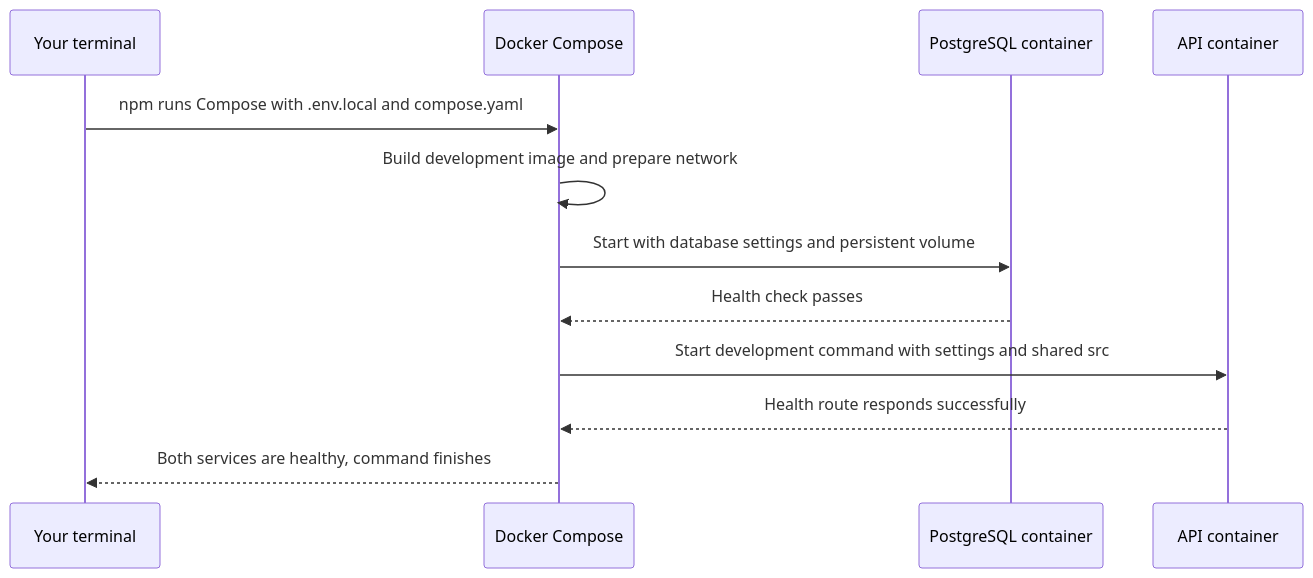
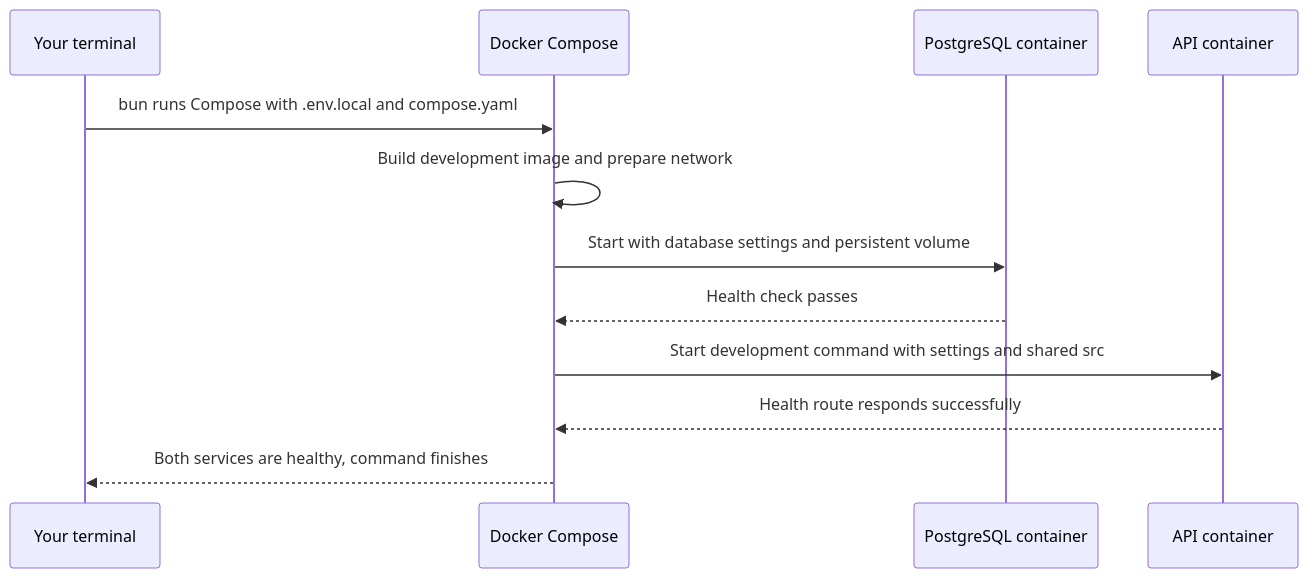
One commit to jaminwebdev/hono-drizzle-api changed the eighth of 8 diagrams in docs/docker-guide.md. Above: the diagram before and after it, drawn with Mermaid. The commit also changed other lines of this file and 22 other files, not shown here.

````diff
--- a/docs/docker-guide.md
+++ b/docs/docker-guide.md
@@ -722,14 +722,14 @@
 ```mermaid
 sequenceDiagram
     participant You as Your terminal
     participant Compose as Docker Compose
     participant DB as PostgreSQL container
     participant API as API container
-    You->>Compose: npm runs Compose with .env.local and compose.yaml
+    You->>Compose: bun runs Compose with .env.local and compose.yaml
     Compose->>Compose: Build development image and prepare network
     Compose->>DB: Start with database settings and persistent volume
     DB-->>Compose: Health check passes
     Compose->>API: Start development command with settings and shared src
     API-->>Compose: Health route responds successfully
     Compose-->>You: Both services are healthy, command finishes
 ```
````
